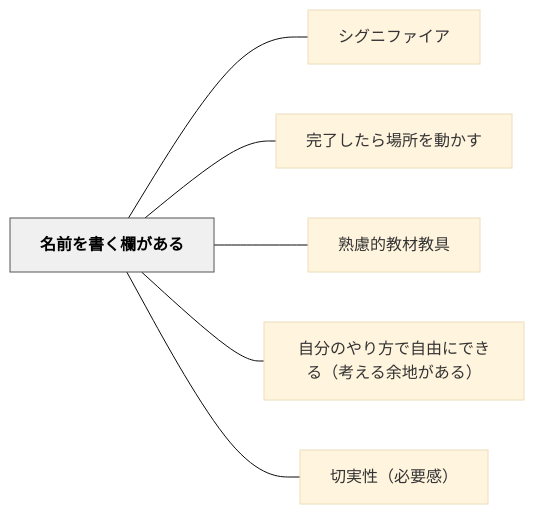
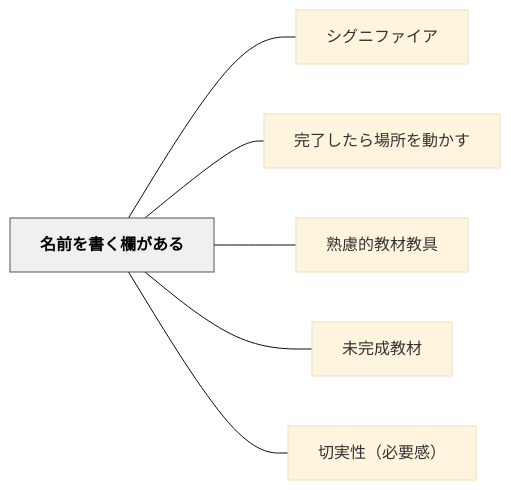
One commit to unknownthings-ed-patterns/unknownthings-ed-patterns changed the diagram in content/パタン/名前を書く欄がある.md. Above: the diagram before and after it, drawn with Mermaid (base theme). The commit also changed other lines of this file and 34 other files, not shown here.

````diff
--- a/content/パタン/名前を書く欄がある.md
+++ b/content/パタン/名前を書く欄がある.md
@@ -48,18 +48,18 @@
 ```mermaid
 flowchart LR
     ne5908de5898de38292e69bb8e3818fe6ac84e3818ce38182e3828b["名前を書く欄がある"]
     ne382b7e382b0e3838be38395e382a1e382a4e382a2["シグニファイア"]
     ne5ae8ce4ba86e38197e3819fe38289e5a0b4e68980e38292e58b95e3818be38199["完了したら場所を動かす"]
     ne7869fe685aee79a84e69599e69d90e69599e585b7["熟慮的教材教具"]
-    ne887aae58886e381aee38284e3828ae696b9e381a7e887aae794b1e381abe381a7e3818de3828befbc88e88083e38188e3828be4bd99e59cb0e3818ce38182e3828befbc89["自分のやり方で自由にできる（考える余地がある）"]
+    ne69caae5ae8ce68890e69599e69d90["未完成教材"]
     ne58887e5ae9fe680a7efbc88e5bf85e8a681e6849fefbc89["切実性（必要感）"]
 
     ne5908de5898de38292e69bb8e3818fe6ac84e3818ce38182e3828b --- ne382b7e382b0e3838be38395e382a1e382a4e382a2
     ne5908de5898de38292e69bb8e3818fe6ac84e3818ce38182e3828b --- ne5ae8ce4ba86e38197e3819fe38289e5a0b4e68980e38292e58b95e3818be38199
     ne5908de5898de38292e69bb8e3818fe6ac84e3818ce38182e3828b --- ne7869fe685aee79a84e69599e69d90e69599e585b7
-    ne5908de5898de38292e69bb8e3818fe6ac84e3818ce38182e3828b --- ne887aae58886e381aee38284e3828ae696b9e381a7e887aae794b1e381abe381a7e3818de3828befbc88e88083e38188e3828be4bd99e59cb0e3818ce38182e3828befbc89
+    ne5908de5898de38292e69bb8e3818fe6ac84e3818ce38182e3828b --- ne69caae5ae8ce68890e69599e69d90
     ne5908de5898de38292e69bb8e3818fe6ac84e3818ce38182e3828b --- ne58887e5ae9fe680a7efbc88e5bf85e8a681e6849fefbc89
 
     classDef hub fill:#f0f0f0,stroke:#555,color:#000,font-weight:bold
     class ne5908de5898de38292e69bb8e3818fe6ac84e3818ce38182e3828b hub
 ```
````
